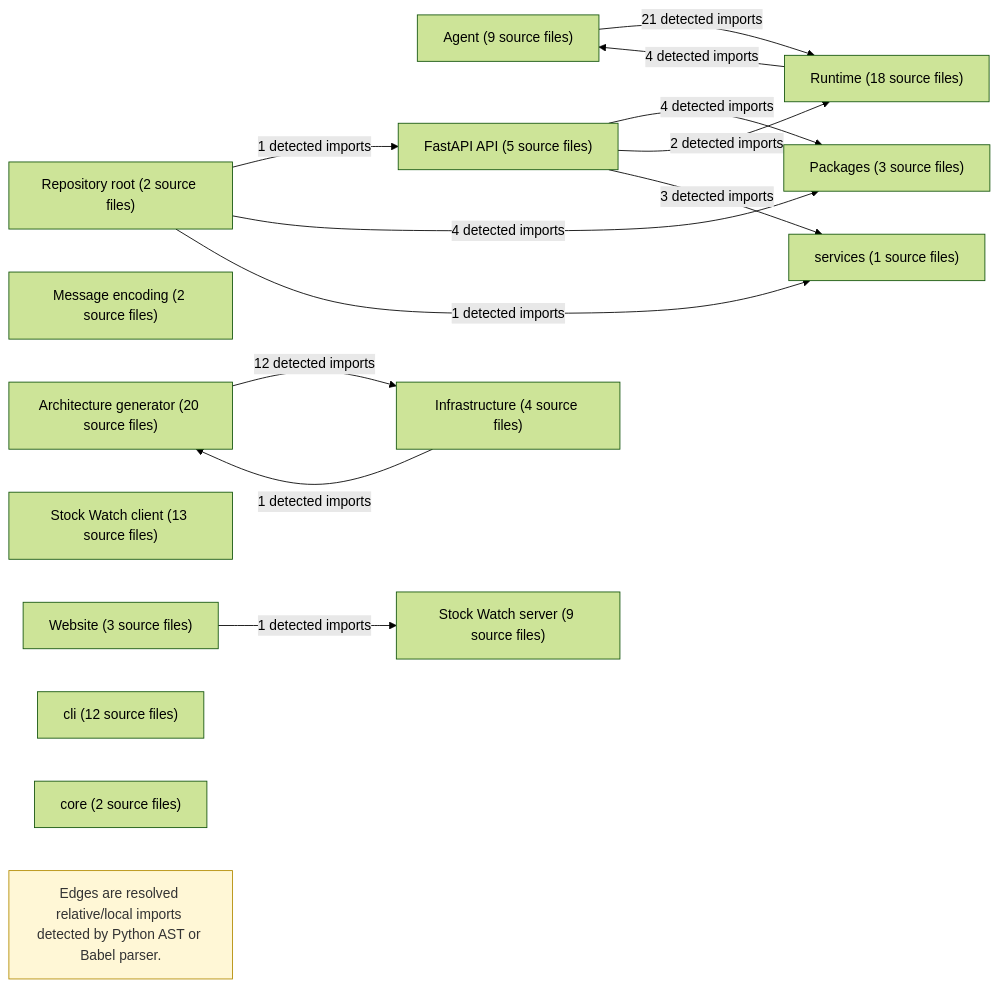
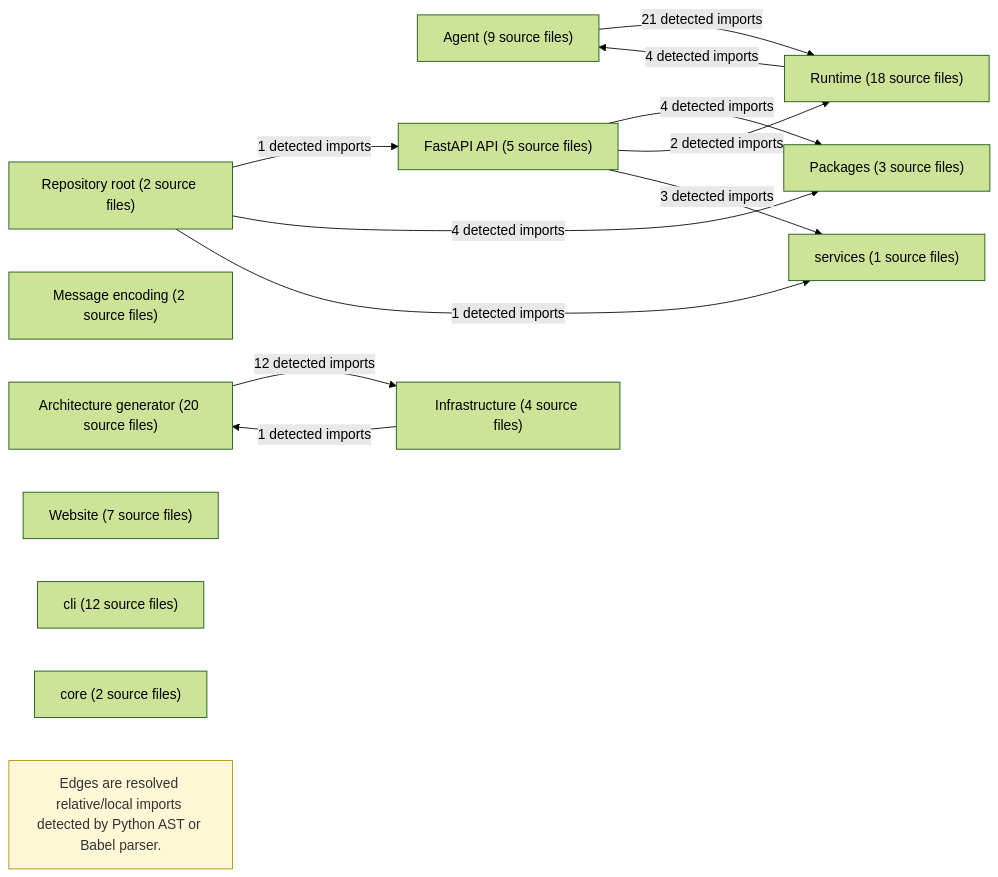
One commit to TheWildKaden/ArdvarkFood changed the diagram in docs/architecture/modules.mmd. Above: the diagram before and after it, drawn with Mermaid (forest theme). The commit also changed 29 other files, not shown here.

```diff
--- a/docs/architecture/modules.mmd
+++ b/docs/architecture/modules.mmd
@@ -1,29 +1,26 @@
 flowchart LR
   Agent["Agent (9 source files)"]
   Architecture_generator["Architecture generator (20 source files)"]
   FastAPI_API["FastAPI API (5 source files)"]
   Infrastructure["Infrastructure (4 source files)"]
   Message_encoding["Message encoding (2 source files)"]
   Packages["Packages (3 source files)"]
   Repository_root["Repository root (2 source files)"]
   Runtime["Runtime (18 source files)"]
-  Stock_Watch_client["Stock Watch client (13 source files)"]
-  Stock_Watch_server["Stock Watch server (9 source files)"]
-  Website["Website (3 source files)"]
+  Website["Website (7 source files)"]
   cli["cli (12 source files)"]
   core["core (2 source files)"]
   services["services (1 source files)"]
   Agent -->|"21 detected imports"| Runtime
   Architecture_generator -->|"12 detected imports"| Infrastructure
   FastAPI_API -->|"4 detected imports"| Packages
   FastAPI_API -->|"2 detected imports"| Runtime
   FastAPI_API -->|"3 detected imports"| services
   Infrastructure -->|"1 detected imports"| Architecture_generator
   Repository_root -->|"1 detected imports"| FastAPI_API
   Repository_root -->|"4 detected imports"| Packages
   Repository_root -->|"1 detected imports"| services
   Runtime -->|"4 detected imports"| Agent
-  Website -->|"1 detected imports"| Stock_Watch_server
   analysis_note_0["Edges are resolved relative/local imports detected by Python AST or Babel parser."]
   class analysis_note_0 note
   classDef note fill:#fff7d6,stroke:#b38b00,color:#333
```
